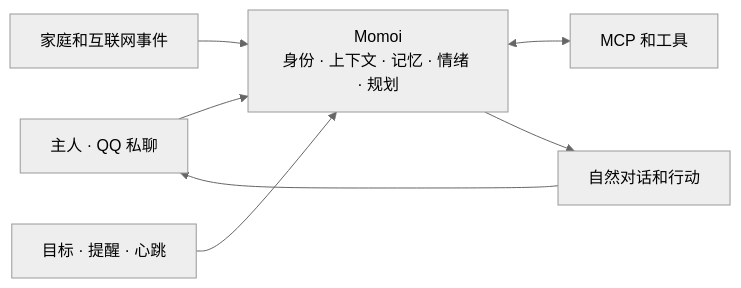
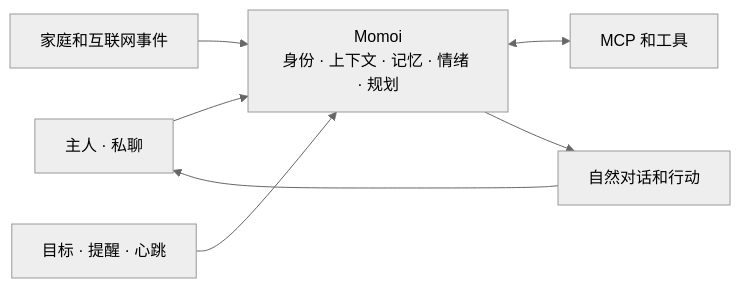
Before and after one commit to RicterZ/Momoi: the diagram in README.zh-CN.md, drawn with Mermaid (neutral theme). The commit also changed other lines of this file and 24 other files, not shown here.

````diff
--- a/README.zh-CN.md
+++ b/README.zh-CN.md
@@ -26,9 +26,9 @@
 ```mermaid
 flowchart LR
-  owner["主人 · QQ 私聊"] --> momoi
+  owner["主人 · 私聊"] --> momoi
   events["家庭和互联网事件"] --> momoi
   time["目标 · 提醒 · 心跳"] --> momoi
   momoi["Momoi<br/>身份 · 上下文 · 记忆 · 情绪 · 规划"] <--> tools["MCP 和工具"]
   momoi --> conversation["自然对话和行动"]
   conversation --> owner
 ```
````
